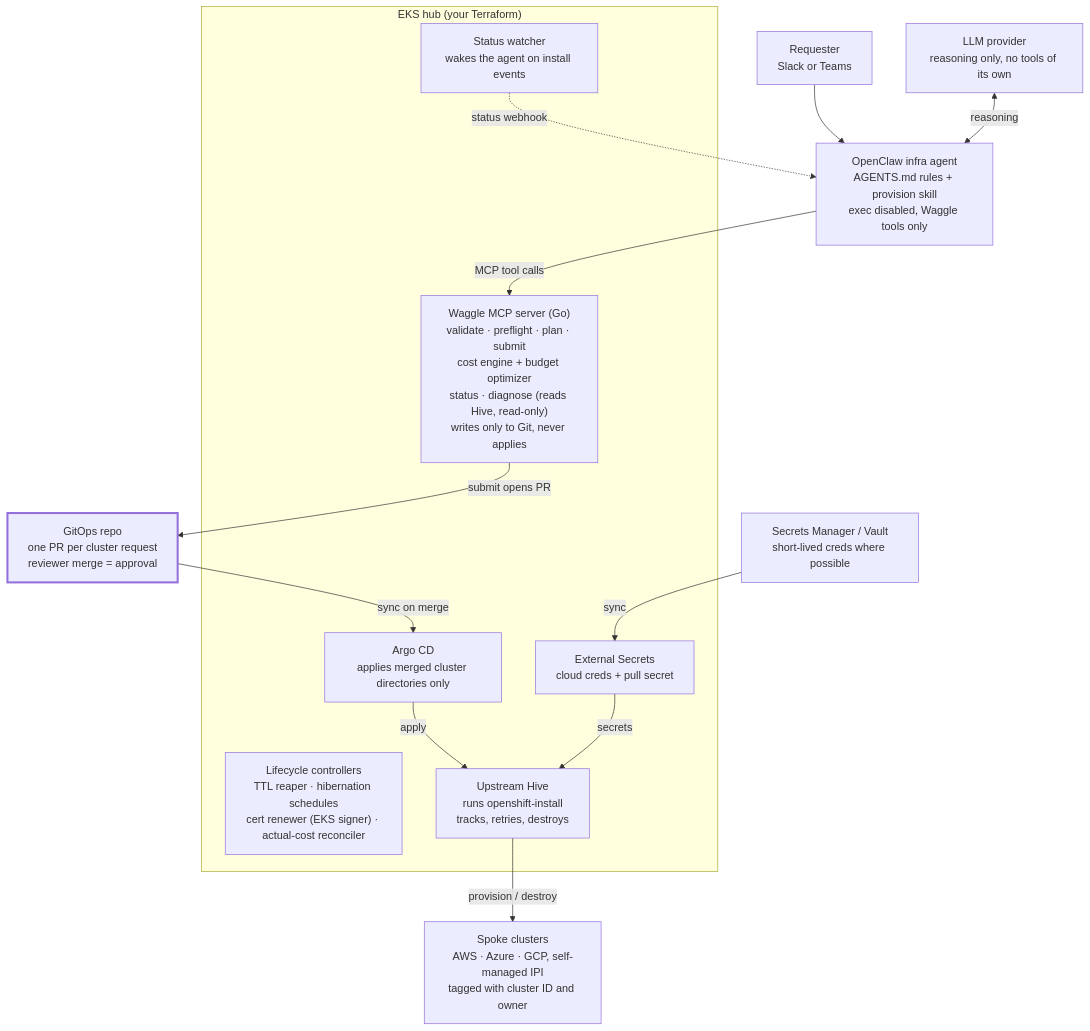
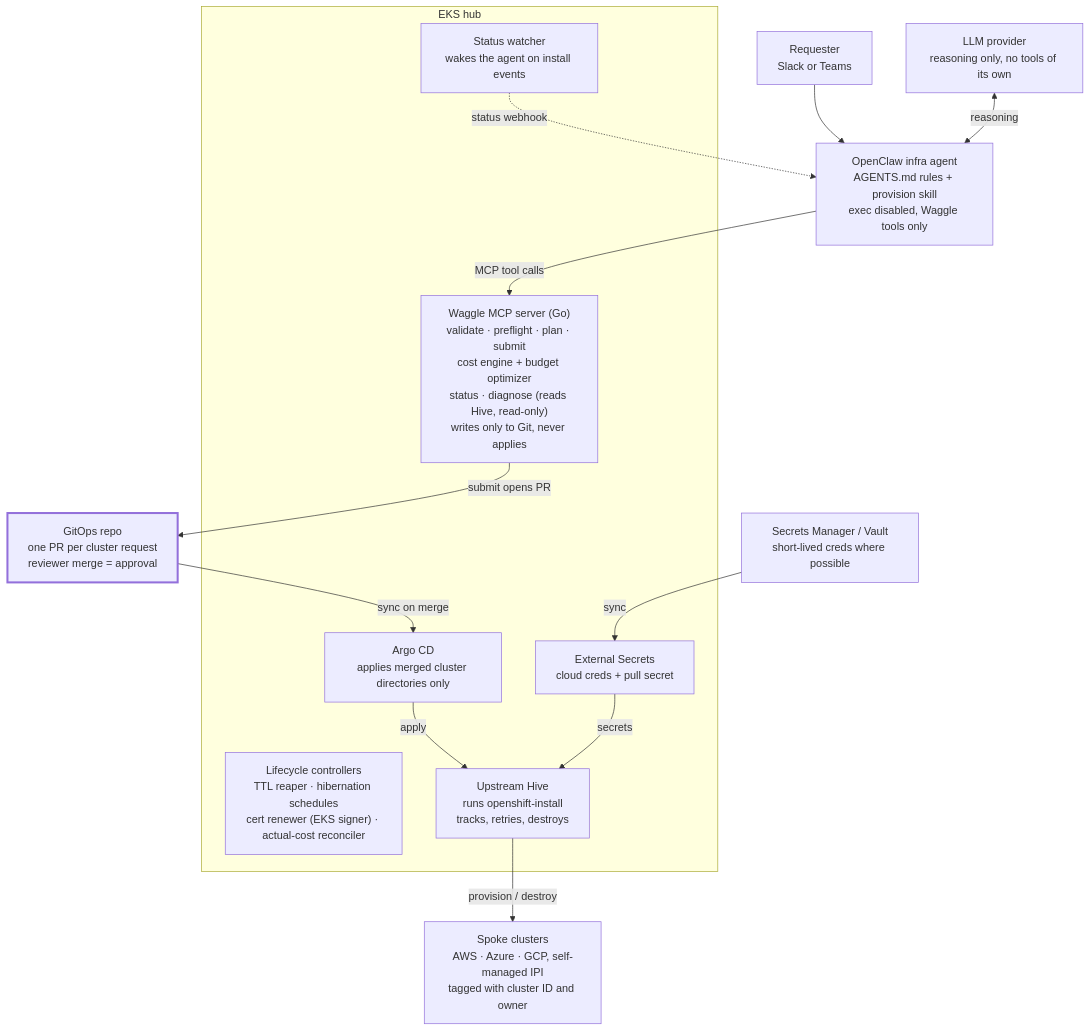
Before and after one commit to waggle-io/.github: the diagram in profile/README.md, drawn with Mermaid. The commit also changed other lines of this file, not shown here.

````diff
--- a/profile/README.md
+++ b/profile/README.md
@@ -43,32 +43,32 @@
 ```mermaid
 flowchart TB
     llm["LLM provider<br/>reasoning only, no tools of its own"]
     req["Requester<br/>Slack or Teams"]
     agent["OpenClaw infra agent<br/>AGENTS.md rules + provision skill<br/>exec disabled, Waggle tools only"]
     git["GitOps repo<br/>one PR per cluster request<br/>reviewer merge = approval"]
 
-    subgraph hub["EKS hub (your Terraform)"]
+    subgraph hub["EKS hub"]
         watcher["Status watcher<br/>wakes the agent on install events"]
         mcp["Waggle MCP server (Go)<br/>validate · preflight · plan · submit<br/>cost engine + budget optimizer<br/>status · diagnose (reads Hive, read-only)<br/>writes only to Git, never applies"]
         life["Lifecycle controllers<br/>TTL reaper · hibernation schedules<br/>cert renewer (EKS signer) · actual-cost reconciler"]
         eso["External Secrets<br/>cloud creds + pull secret"]
         hive["Upstream Hive<br/>runs openshift-install<br/>tracks, retries, destroys"]
         argo["Argo CD<br/>applies merged cluster directories only"]
     end
 
     store["Secrets Manager / Vault<br/>short-lived creds where possible"]
     clouds["Spoke clusters<br/>AWS · Azure · GCP, self-managed IPI<br/>tagged with cluster ID and owner"]
 
     req --> agent
     llm <-->|reasoning| agent
     agent -->|MCP tool calls| mcp
     mcp -->|submit opens PR| git
     git -->|sync on merge| argo
     argo -->|apply| hive
     eso -->|secrets| hive
     store -->|sync| eso
     hive -->|provision / destroy| clouds
     watcher -.->|status webhook| agent
 
     style git stroke-width:3px
 ```
````
